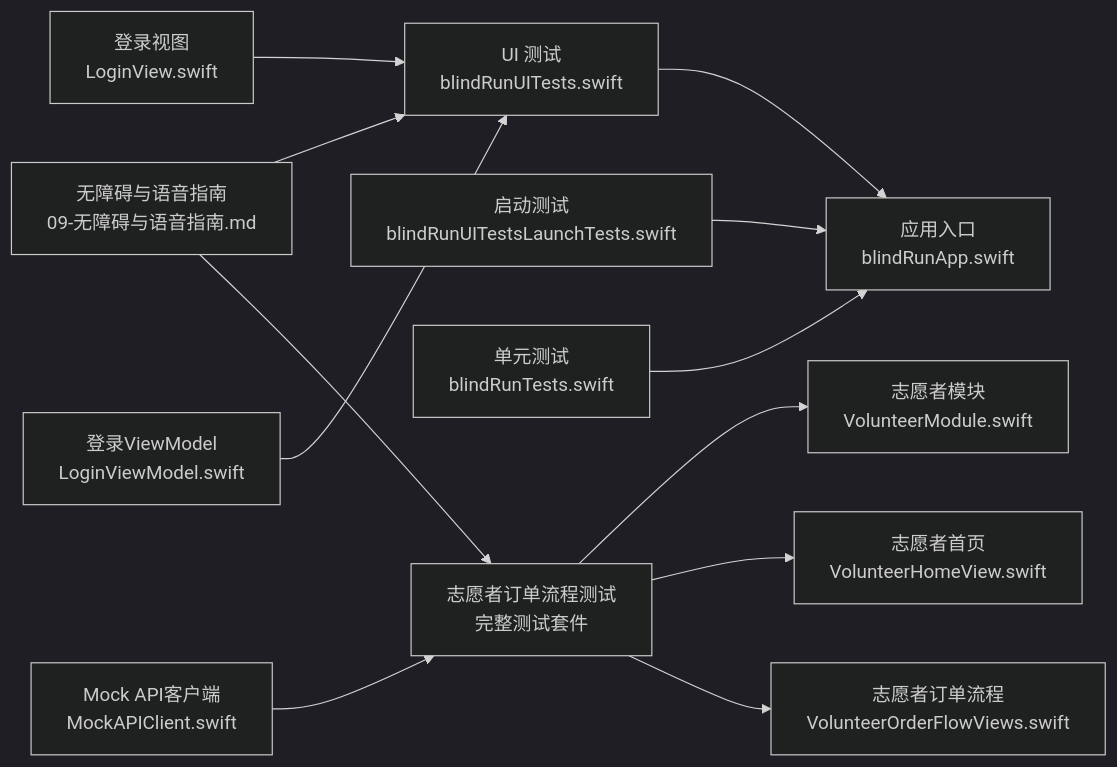
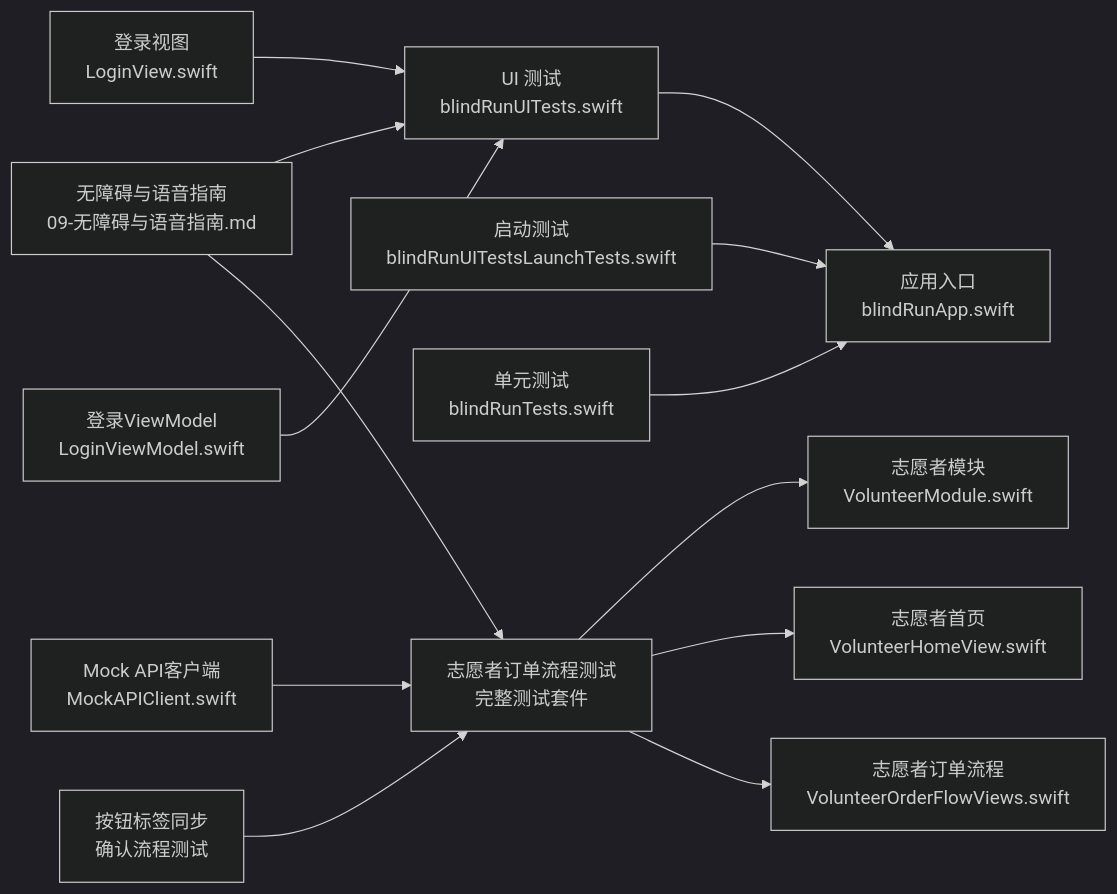
Before and after one commit to Jayden23018/blind-run-ios: the seventh of 7 diagrams in .qoder/repowiki/zh/content/测试策略/UI 自动化测试.md, drawn with Mermaid (dark theme). The commit also changed other lines of this file and 5 other files, not shown here.

````diff
--- a/.qoder/repowiki/zh/content/测试策略/UI 自动化测试.md
+++ b/.qoder/repowiki/zh/content/测试策略/UI 自动化测试.md
@@ -460,14 +511,15 @@
 ```mermaid
 graph LR
 UIT["UI 测试<br/>blindRunUITests.swift"] --> APP["应用入口<br/>blindRunApp.swift"]
 LUT["启动测试<br/>blindRunUITestsLaunchTests.swift"] --> APP
 CT["单元测试<br/>blindRunTests.swift"] --> APP
 VOT["志愿者订单流程测试<br/>完整测试套件"] --> VOLMODULE["志愿者模块<br/>VolunteerModule.swift"]
 VOT --> VOLHOME["志愿者首页<br/>VolunteerHomeView.swift"]
 VOT --> VOLFLOW["志愿者订单流程<br/>VolunteerOrderFlowViews.swift"]
 ACC["无障碍与语音指南<br/>09-无障碍与语音指南.md"] --> UIT
 ACC --> VOT
 LOGIN["登录视图<br/>LoginView.swift"] --> UIT
 VM["登录ViewModel<br/>LoginViewModel.swift"] --> UIT
 MOCK["Mock API客户端<br/>MockAPIClient.swift"] --> VOT
+BUTTON["按钮标签同步<br/>确认流程测试"] --> VOT
 ```
````
